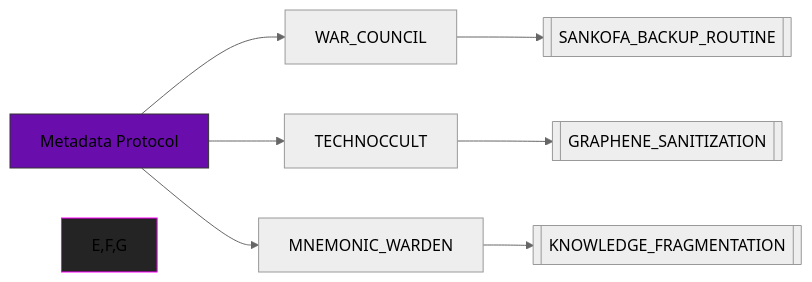
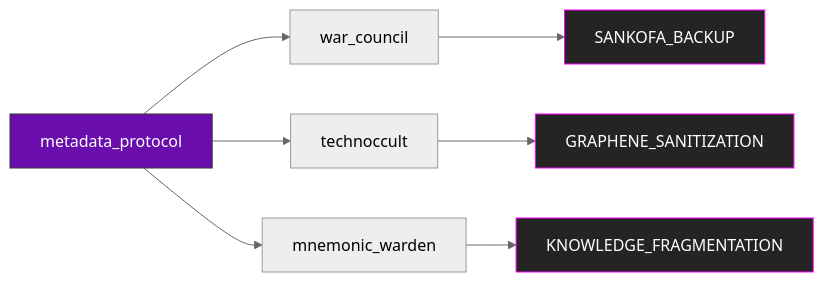
One commit to digitalscorpyun/anacostia-vault changed the first of 2 diagrams in metadata_protocol/metadata_protocol.md. Above: the diagram before and after it, drawn with Mermaid (neutral theme). The commit also changed other lines of this file and 431 other files, not shown here.

````diff
--- a/metadata_protocol/metadata_protocol.md
+++ b/metadata_protocol/metadata_protocol.md
@@ -34,11 +42,12 @@
 ```mermaid
 graph LR
-    A[Metadata Protocol] --> B[WAR_COUNCIL]
-    A --> C[TECHNOCCULT]
-    A --> D[MNEMONIC_WARDEN]
-    B --> E[["SANKOFA_BACKUP_ROUTINE"]]
-    C --> F[["GRAPHENE_SANITIZATION"]]
-    D --> G[["KNOWLEDGE_FRAGMENTATION"]]
-    style A fill:#6a0dad,stroke:#333
-    style E,F,G fill:#242424,stroke:#f0f
+    A[metadata_protocol]:::purple --> B[war_council]
+    A --> C[technoccult]
+    A --> D[mnemonic_warden]
+    B --> E[SANKOFA_BACKUP]:::black
+    C --> F[GRAPHENE_SANITIZATION]:::black
+    D --> G[KNOWLEDGE_FRAGMENTATION]:::black
+
+    classDef purple fill:#6a0dad,stroke:#333,color:white
+    classDef black fill:#242424,stroke:#f0f,color:white
 ```
````
